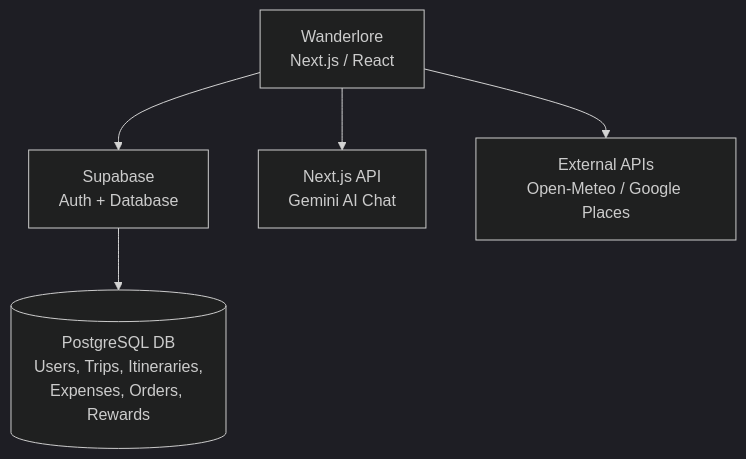
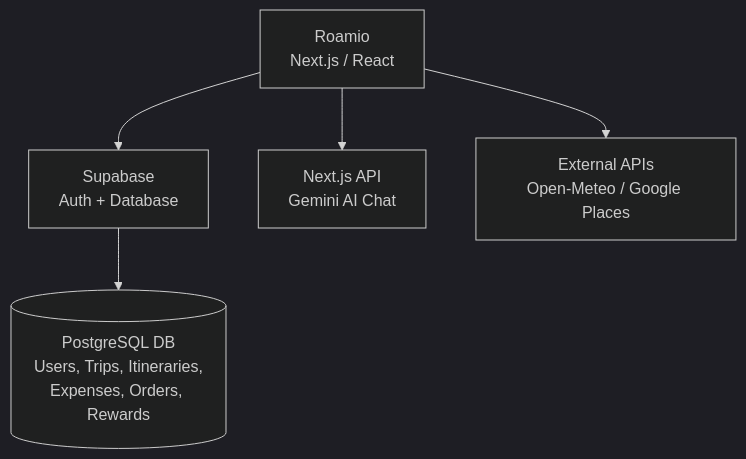
Before and after one commit to ReneChuah/cultural-travel-authentication: the second of 2 diagrams in README.md, drawn with Mermaid (dark theme). The commit also changed other lines of this file and 10 other files, not shown here.

````diff
--- a/README.md
+++ b/README.md
@@ -178,7 +178,7 @@
 ```mermaid
 graph TD
-    A[Wanderlore<br/>Next.js / React] --> B[Supabase<br/>Auth + Database]
+    A[Roamio<br/>Next.js / React] --> B[Supabase<br/>Auth + Database]
     A --> C[Next.js API<br/>Gemini AI Chat]
     A --> D[External APIs<br/>Open-Meteo / Google Places]
     B --> E[(PostgreSQL DB<br/>Users, Trips, Itineraries,<br/>Expenses, Orders, Rewards)]
 ```
````
